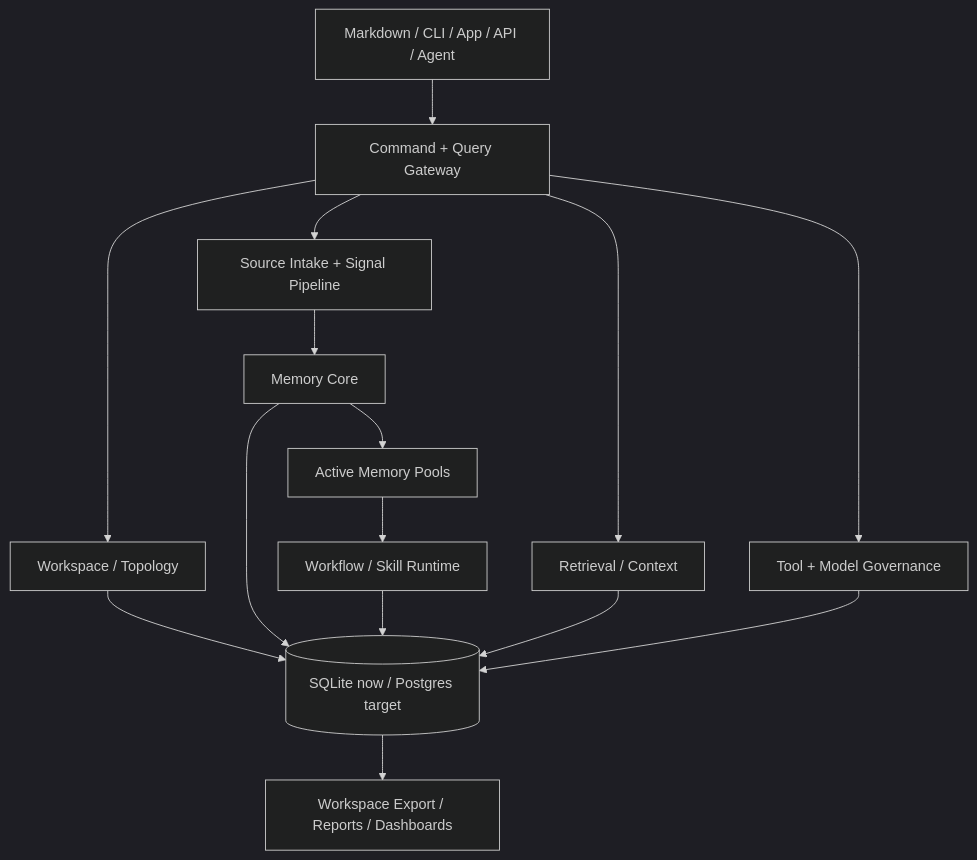
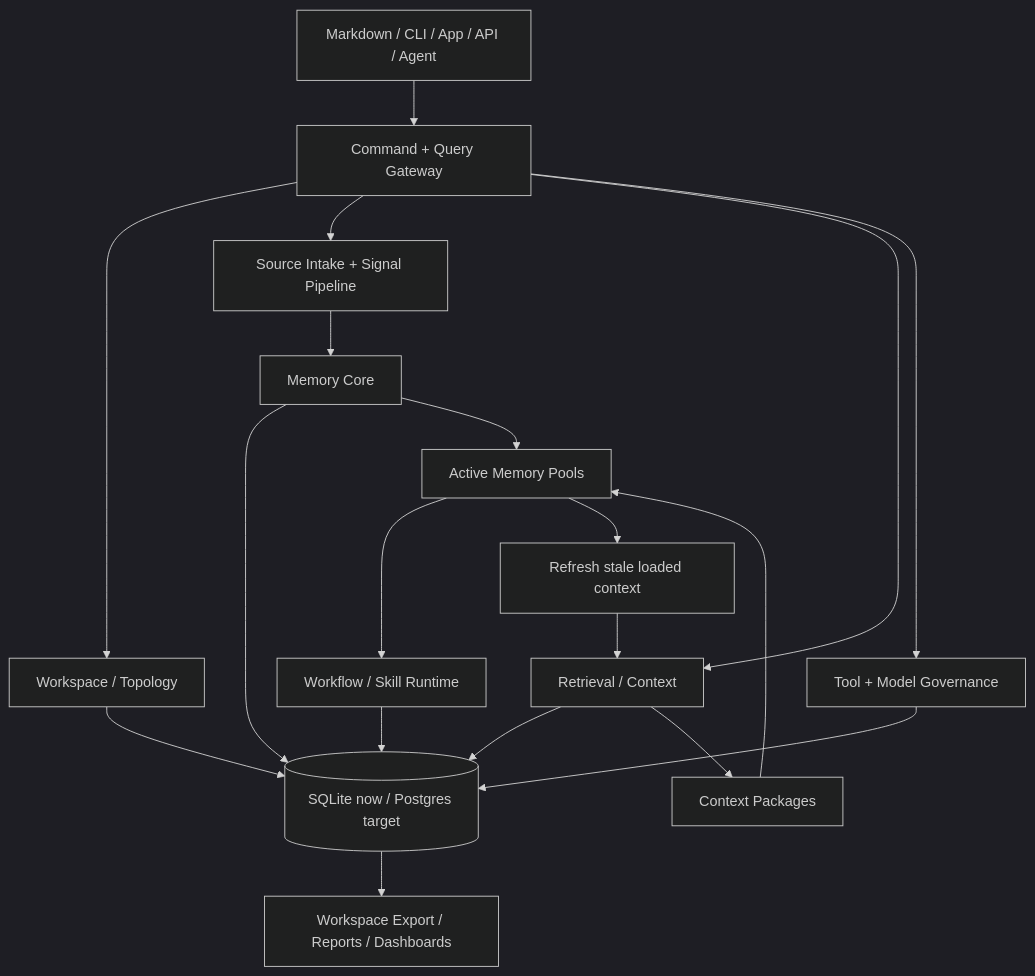
The third of 5 diagrams in README.md (Miosa-osa/OptimalEngine), drawn with Mermaid (dark theme) before and after one commit. The commit also changed other lines of this file and 5 other files, not shown here.

Commit message:
Refresh pool context packages

````diff
--- a/README.md
+++ b/README.md
@@ -201,19 +201,23 @@
 ```mermaid
 flowchart TB
   UI[Markdown / CLI / App / API / Agent] --> Gateway[Command + Query Gateway]
   Gateway --> Topology[Workspace / Topology]
   Gateway --> Intake[Source Intake + Signal Pipeline]
   Gateway --> Retrieval[Retrieval / Context]
   Gateway --> Tools[Tool + Model Governance]
 
   Topology --> Store[(SQLite now / Postgres target)]
   Intake --> Memory[Memory Core]
   Memory --> Store
   Retrieval --> Store
   Tools --> Store
 
   Memory --> Pools[Active Memory Pools]
+  Retrieval --> Packages[Context Packages]
+  Packages --> Pools
   Pools --> Workflow[Workflow / Skill Runtime]
+  Pools --> Refresh[Refresh stale loaded context]
+  Refresh --> Retrieval
   Workflow --> Store
   Store --> Export[Workspace Export / Reports / Dashboards]
 ```
````
